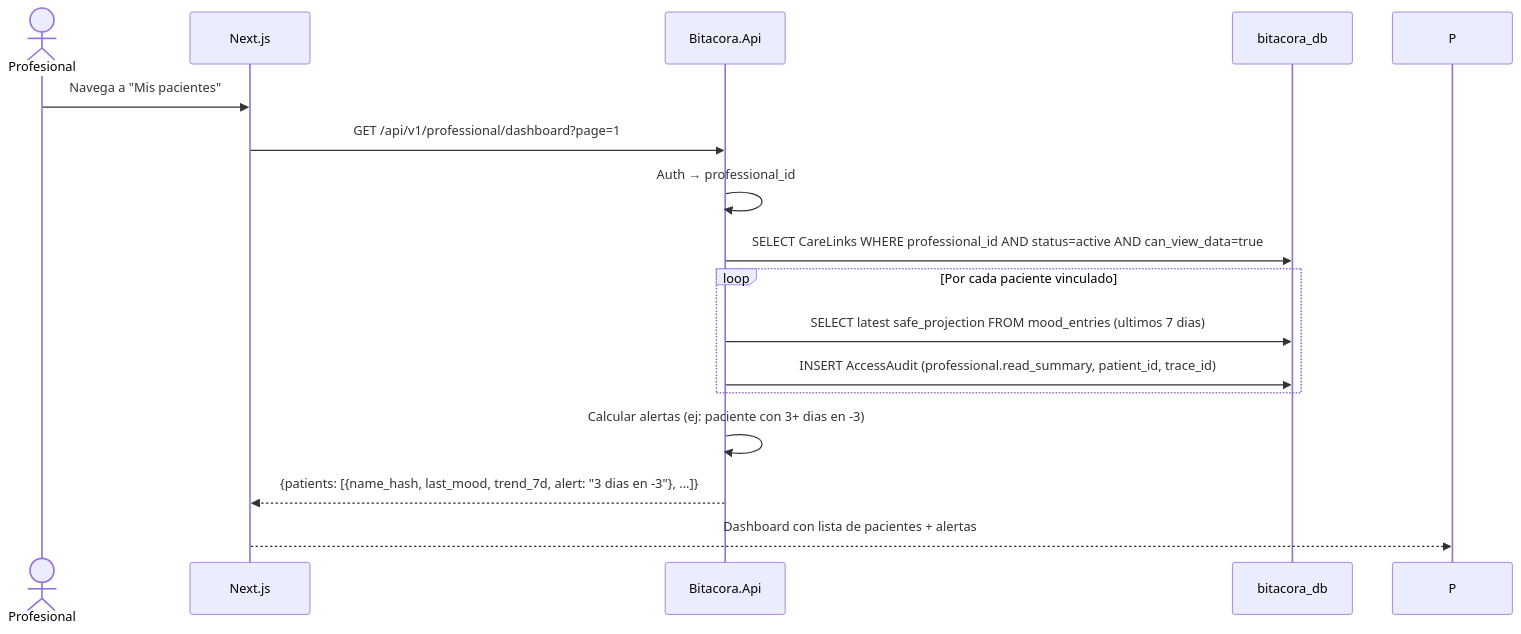
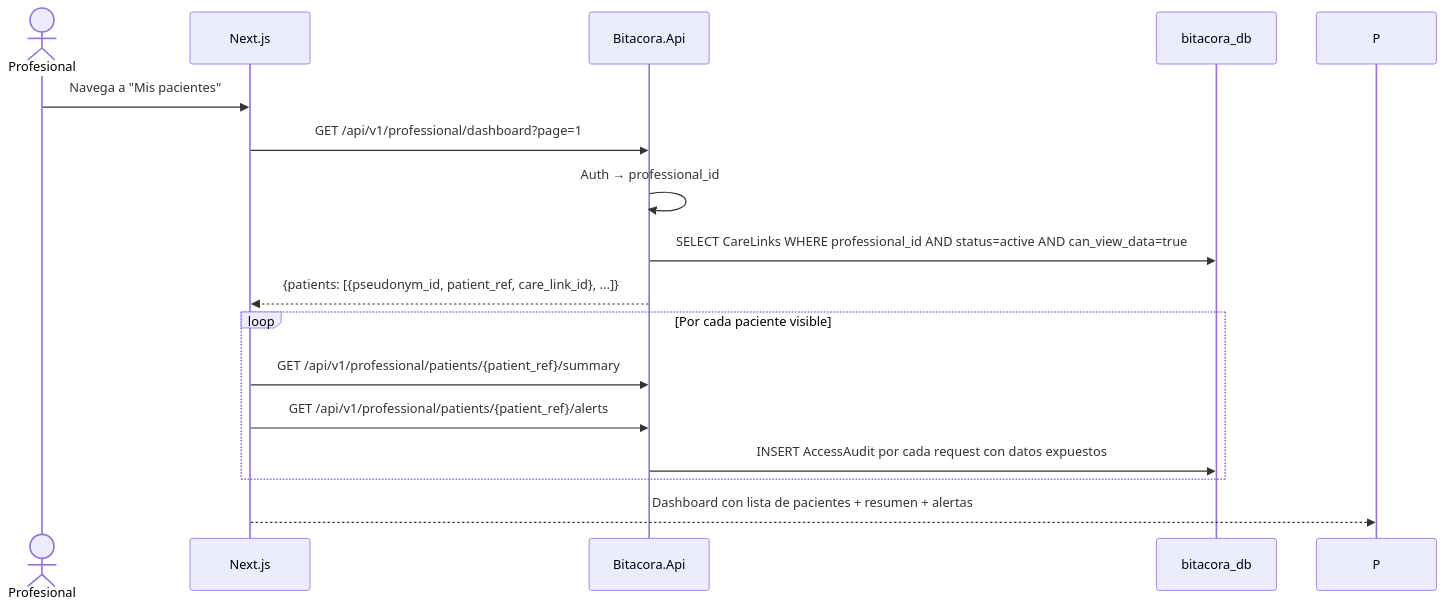
One commit to fgpaz/bitacora changed the diagram in .docs/wiki/03_FL/FL-VIS-02.md. Above: the diagram before and after it, drawn with Mermaid. The commit also changed other lines of this file and 317 other files, not shown here.

````diff
--- a/.docs/wiki/03_FL/FL-VIS-02.md
+++ b/.docs/wiki/03_FL/FL-VIS-02.md
@@ -29,19 +29,19 @@
 ```mermaid
 sequenceDiagram
     actor PRO as Profesional
     participant WEB as Next.js
     participant API as Bitacora.Api
     participant DB as bitacora_db
 
     PRO->>WEB: Navega a "Mis pacientes"
     WEB->>API: GET /api/v1/professional/dashboard?page=1
     API->>API: Auth → professional_id
     API->>DB: SELECT CareLinks WHERE professional_id AND status=active AND can_view_data=true
-    loop Por cada paciente vinculado
-        API->>DB: SELECT latest safe_projection FROM mood_entries (ultimos 7 dias)
-        API->>DB: INSERT AccessAudit (professional.read_summary, patient_id, trace_id)
+    API-->>WEB: {patients: [{pseudonym_id, patient_ref, care_link_id}, ...]}
+    loop Por cada paciente visible
+        WEB->>API: GET /api/v1/professional/patients/{patient_ref}/summary
+        WEB->>API: GET /api/v1/professional/patients/{patient_ref}/alerts
+        API->>DB: INSERT AccessAudit por cada request con datos expuestos
     end
-    API->>API: Calcular alertas (ej: paciente con 3+ dias en -3)
-    API-->>WEB: {patients: [{name_hash, last_mood, trend_7d, alert: "3 dias en -3"}, ...]}
-    WEB-->>P: Dashboard con lista de pacientes + alertas
+    WEB-->>P: Dashboard con lista de pacientes + resumen + alertas
 ```
````
